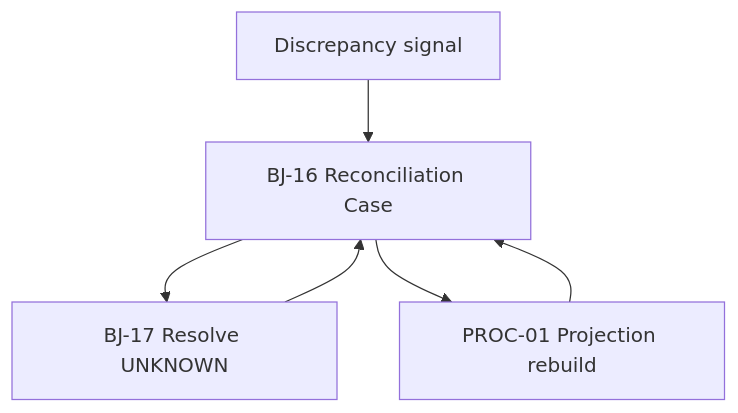
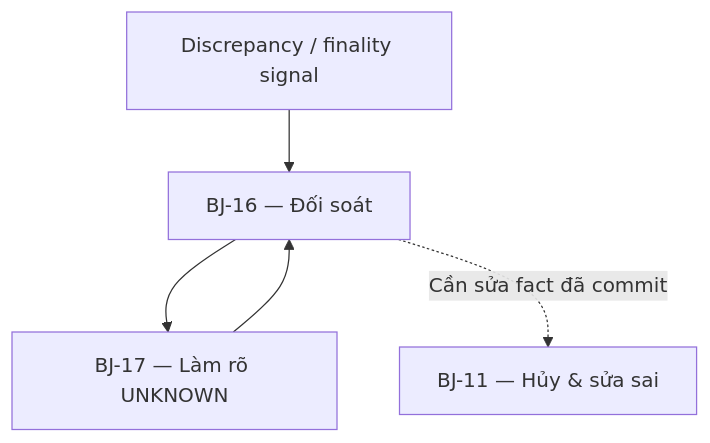
One commit to DsChien102/erp-sales-inventory changed the third of 3 diagrams in specs/themes/theme-07/02.specification/behavior/journeys/00-business-journey-map.md. Above: the diagram before and after it, drawn with Mermaid. The commit also changed other lines of this file and 4136 other files, not shown here.

````diff
--- a/specs/themes/theme-07/02.specification/behavior/journeys/00-business-journey-map.md
+++ b/specs/themes/theme-07/02.specification/behavior/journeys/00-business-journey-map.md
@@ -186,8 +146,7 @@
 ```mermaid
 flowchart TD
-    S[Discrepancy signal] --> C[BJ-16 Reconciliation Case]
-    C --> U[BJ-17 Resolve UNKNOWN]
-    C --> P[PROC-01 Projection rebuild]
+    S["Discrepancy / finality signal"] --> C["BJ-16 — Đối soát"]
+    C --> U["BJ-17 — Làm rõ UNKNOWN"]
     U --> C
-    P --> C
+    C -.->|Cần sửa fact đã commit| B11["BJ-11 — Hủy & sửa sai"]
 ```
````
